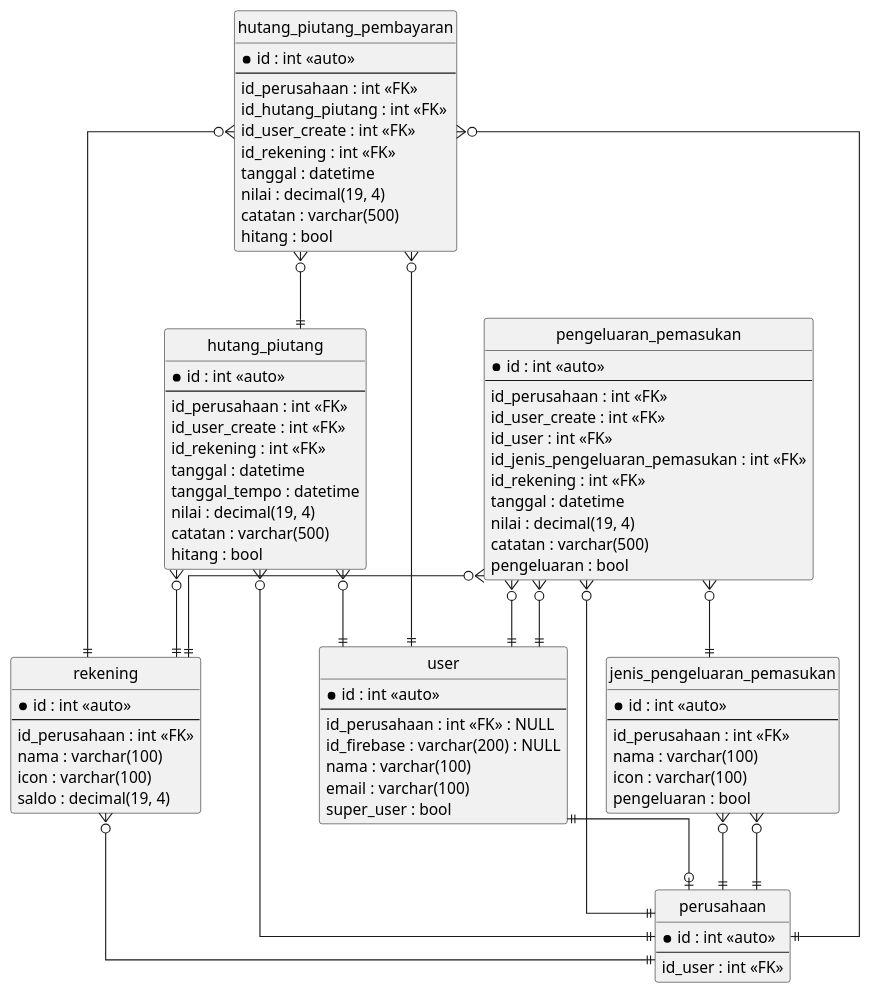
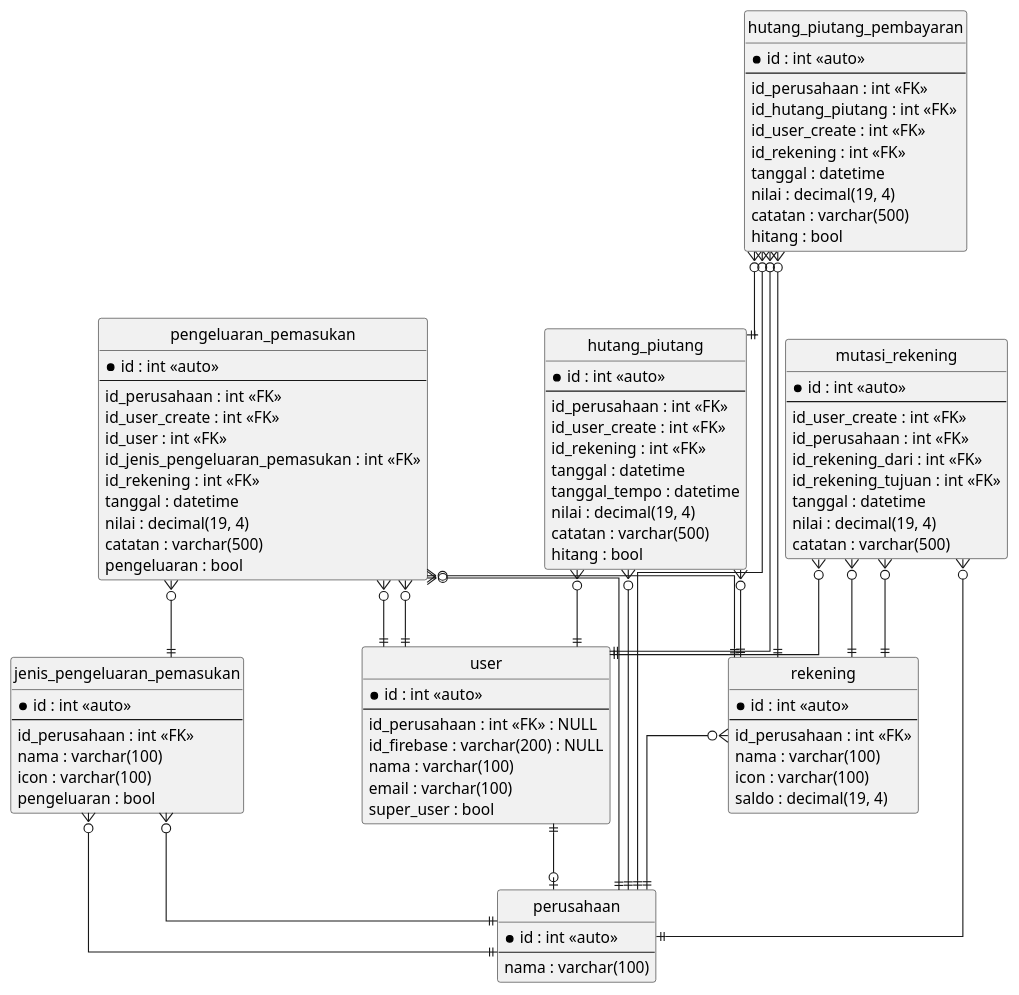
Before and after one commit to debayus/catatan-keuangan-online: the diagram in rancangan/2.erd.pu, drawn with PlantUML. The commit also changed 23 other files, not shown here.

```diff
--- a/rancangan/2.erd.pu
+++ b/rancangan/2.erd.pu
@@ -1,97 +1,113 @@
 @startuml sample
 
 hide circle
 skinparam linetype ortho
+
+entity "perusahaan" as perusahaan {
+    *id : int <<auto>>
+    --
+    nama : varchar(100)
+}
 
 entity "user" as user {
     *id : int <<auto>>
     --
     id_perusahaan : int <<FK>> : NULL
     id_firebase : varchar(200) : NULL
     nama : varchar(100)
     email : varchar(100)
     super_user : bool
-}
-
-entity "perusahaan" as perusahaan {
-    *id : int <<auto>>
-    --
-    id_user : int <<FK>>
 }
 
 entity "rekening" as rekening {
     *id : int <<auto>>
     --
     id_perusahaan : int <<FK>>
     nama : varchar(100)
     icon : varchar(100)
     saldo : decimal(19, 4)
 }
 
 entity "jenis_pengeluaran_pemasukan" as jenis_pengeluaran_pemasukan {
     *id : int <<auto>>
     --
     id_perusahaan : int <<FK>>
     nama : varchar(100)
     icon : varchar(100)
     pengeluaran : bool
 }
 
 entity "pengeluaran_pemasukan" as pengeluaran_pemasukan {
     *id : int <<auto>>
     --
     id_perusahaan : int <<FK>>
     id_user_create : int <<FK>>
     id_user : int <<FK>>
     id_jenis_pengeluaran_pemasukan : int <<FK>>
     id_rekening : int <<FK>>
     tanggal : datetime
     nilai : decimal(19, 4)
     catatan : varchar(500)
     pengeluaran : bool
 }
 
 entity "hutang_piutang" as hutang_piutang {
     *id : int <<auto>>
     --
     id_perusahaan : int <<FK>>
     id_user_create : int <<FK>>
     id_rekening : int <<FK>>
     tanggal : datetime
     tanggal_tempo : datetime
     nilai : decimal(19, 4)
     catatan : varchar(500)
     hitang : bool
 }
 
 entity "hutang_piutang_pembayaran" as hutang_piutang_pembayaran {
     *id : int <<auto>>
     --
     id_perusahaan : int <<FK>>
     id_hutang_piutang : int <<FK>>
     id_user_create : int <<FK>>
     id_rekening : int <<FK>>
     tanggal : datetime
     nilai : decimal(19, 4)
     catatan : varchar(500)
     hitang : bool
 }
 
+entity "mutasi_rekening" as mutasi_rekening {
+    *id : int <<auto>>
+    --
+    id_user_create : int <<FK>>
+    id_perusahaan : int <<FK>>
+    id_rekening_dari : int <<FK>>
+    id_rekening_tujuan : int <<FK>>
+    tanggal : datetime
+    nilai : decimal(19, 4)
+    catatan : varchar(500)
+}
+
 user ||--o| perusahaan
 rekening }o--|| perusahaan
 jenis_pengeluaran_pemasukan }o--|| perusahaan
 jenis_pengeluaran_pemasukan }o--|| perusahaan
 pengeluaran_pemasukan }o--|| perusahaan
 pengeluaran_pemasukan }o--|| user
 pengeluaran_pemasukan }o--|| user
 pengeluaran_pemasukan }o--|| jenis_pengeluaran_pemasukan
 pengeluaran_pemasukan }o--|| rekening
 hutang_piutang }o--|| perusahaan
 hutang_piutang }o--|| user
 hutang_piutang }o--|| rekening
 hutang_piutang_pembayaran }o--|| perusahaan
 hutang_piutang_pembayaran }o--|| hutang_piutang
 hutang_piutang_pembayaran }o--|| user
 hutang_piutang_pembayaran }o--|| rekening
+mutasi_rekening }o--|| user
+mutasi_rekening }o--|| perusahaan
+mutasi_rekening }o--|| rekening
+mutasi_rekening }o--|| rekening
 
 @enduml
```
